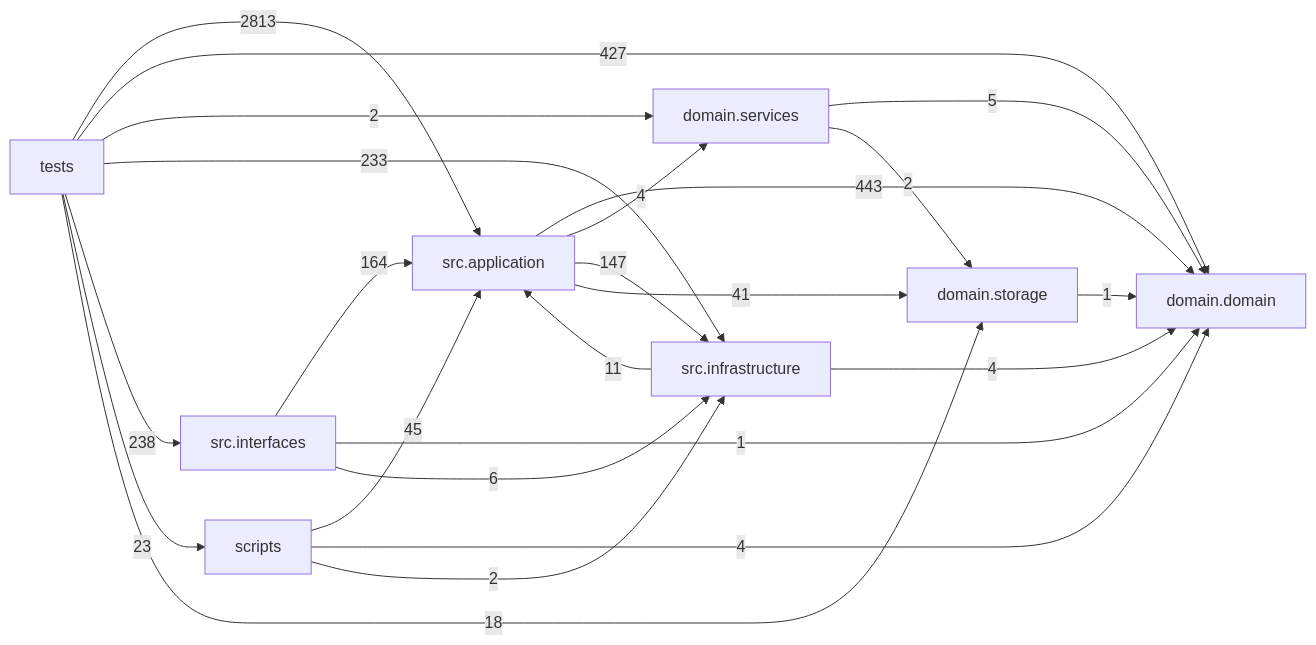
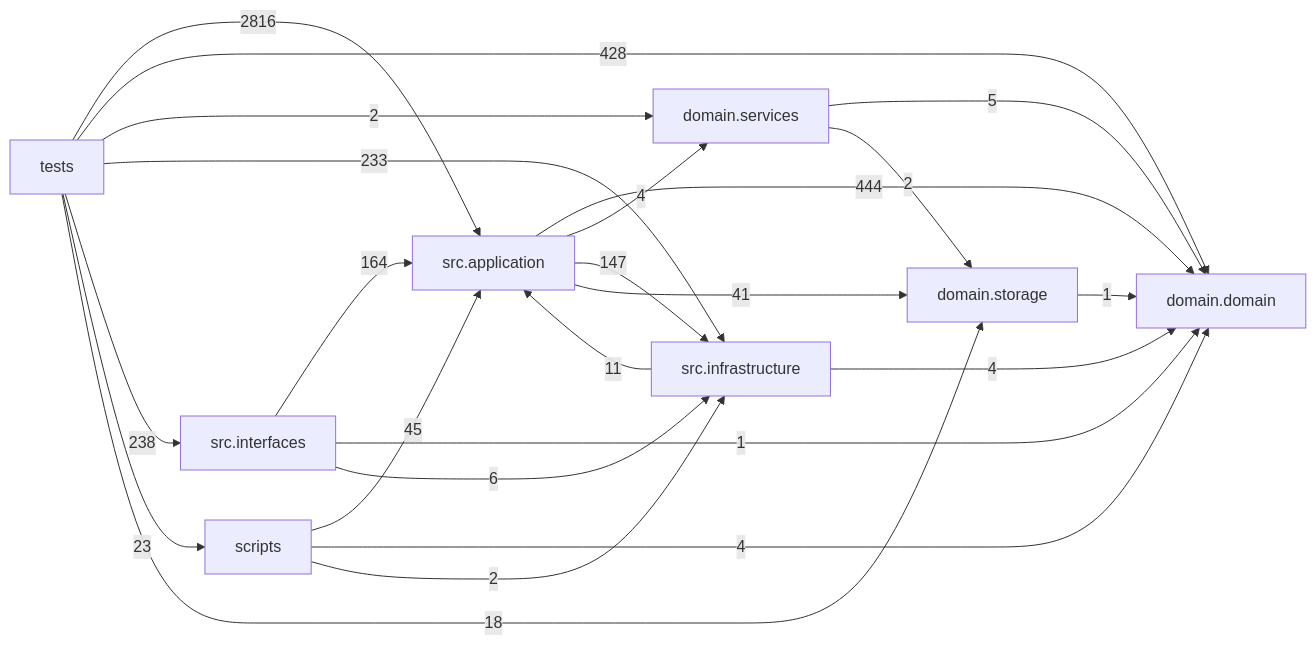
The diagram in docs/DEPENDENCY_GRAPH.md (liuxie066/options-monitor), drawn with Mermaid before and after one commit. The commit also changed other lines of this file and 20 other files, not shown here.

````diff
--- a/docs/DEPENDENCY_GRAPH.md
+++ b/docs/DEPENDENCY_GRAPH.md
@@ -24,33 +24,33 @@
 ```mermaid
 flowchart LR
   tests["tests"]
   scripts["scripts"]
   interfaces["src.interfaces"]
   application["src.application"]
   infrastructure["src.infrastructure"]
   domain_services["domain.services"]
   domain["domain.domain"]
   storage["domain.storage"]
-  application -->|443| domain
+  application -->|444| domain
   application -->|4| domain_services
   application -->|147| infrastructure
   application -->|41| storage
   domain_services -->|5| domain
   domain_services -->|2| storage
   infrastructure -->|11| application
   infrastructure -->|4| domain
   interfaces -->|164| application
   interfaces -->|1| domain
   interfaces -->|6| infrastructure
   scripts -->|45| application
   scripts -->|4| domain
   scripts -->|2| infrastructure
   storage -->|1| domain
-  tests -->|2813| application
-  tests -->|427| domain
+  tests -->|2816| application
+  tests -->|428| domain
   tests -->|2| domain_services
   tests -->|233| infrastructure
   tests -->|238| interfaces
   tests -->|23| scripts
   tests -->|18| storage
 ```
````
